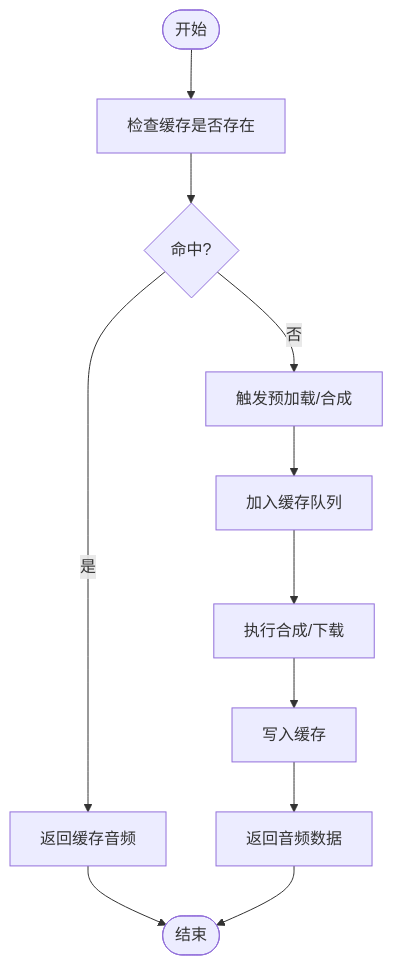
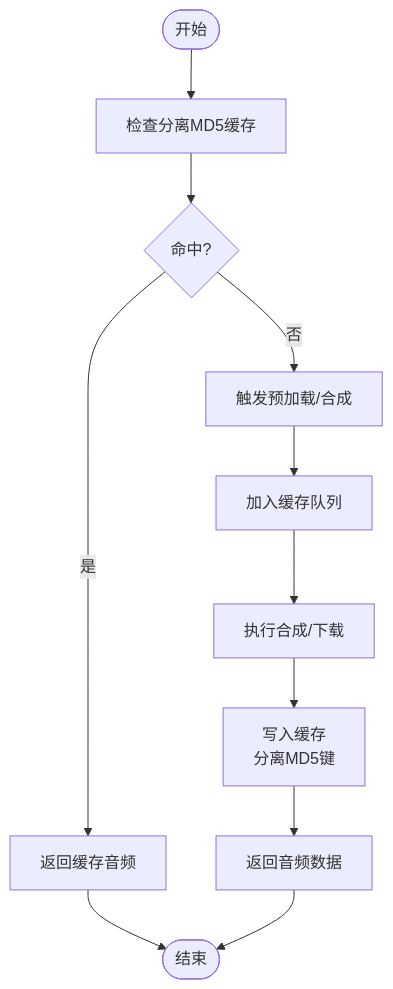
One commit to ZhangGHGitHub/LegadoTeamFlutter changed the fifth of 7 diagrams in .qoder/repowiki/zh/content/API参考/RESTful API接口/音频TTS API.md. Above: the diagram before and after it, drawn with Mermaid. The commit also changed other lines of this file and 173 other files, not shown here.

````diff
--- a/.qoder/repowiki/zh/content/API参考/RESTful API接口/音频TTS API.md
+++ b/.qoder/repowiki/zh/content/API参考/RESTful API接口/音频TTS API.md
@@ -235,13 +289,13 @@
 ```mermaid
 flowchart TD
-Start(["开始"]) --> CheckCache["检查缓存是否存在"]
+Start(["开始"]) --> CheckCache["检查分离MD5缓存"]
 CheckCache --> Hit{"命中?"}
 Hit --> |是| ReturnCache["返回缓存音频"]
 Hit --> |否| Preload["触发预加载/合成"]
 Preload --> Queue["加入缓存队列"]
 Queue --> Synthesize["执行合成/下载"]
-Synthesize --> Store["写入缓存"]
+Synthesize --> Store["写入缓存<br/>分离MD5键"]
 Store --> ReturnData["返回音频数据"]
 ReturnCache --> End(["结束"])
 ReturnData --> End
 ```
````
